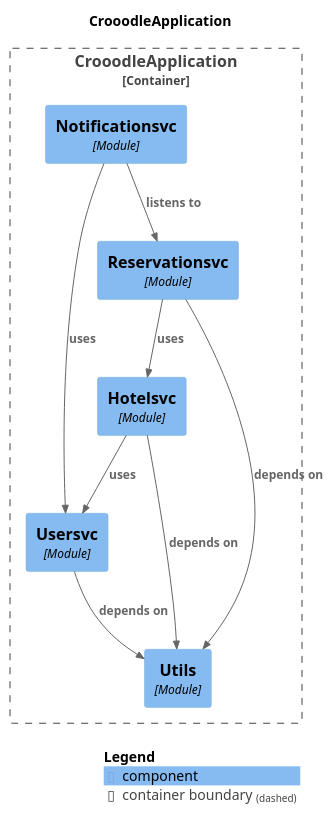
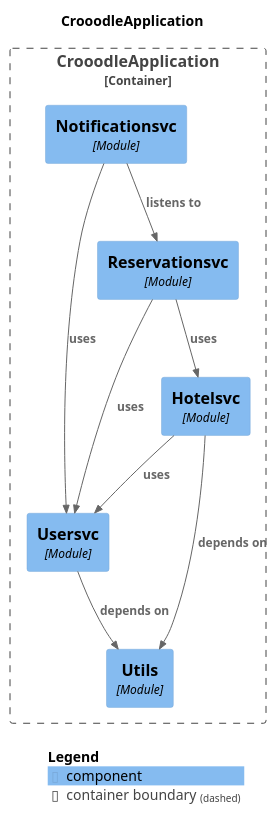
One commit to rchuk/crooodle changed the diagram in backend/docs/components.puml. Above: the diagram before and after it, drawn with PlantUML. The commit also changed 2 other files, not shown here.

```diff
--- a/backend/docs/components.puml
+++ b/backend/docs/components.puml
@@ -1,28 +1,28 @@
 @startuml
 set separator none
 title CrooodleApplication
 
 top to bottom direction
 
 !include <C4/C4>
 !include <C4/C4_Context>
 !include <C4/C4_Component>
 
 Container_Boundary("CrooodleApplication.CrooodleApplication_boundary", "CrooodleApplication", $tags="") {
   Component(CrooodleApplication.CrooodleApplication.Utils, "Utils", $techn="Module", $descr="", $tags="", $link="")
   Component(CrooodleApplication.CrooodleApplication.Usersvc, "Usersvc", $techn="Module", $descr="", $tags="", $link="")
   Component(CrooodleApplication.CrooodleApplication.Hotelsvc, "Hotelsvc", $techn="Module", $descr="", $tags="", $link="")
   Component(CrooodleApplication.CrooodleApplication.Reservationsvc, "Reservationsvc", $techn="Module", $descr="", $tags="", $link="")
   Component(CrooodleApplication.CrooodleApplication.Notificationsvc, "Notificationsvc", $techn="Module", $descr="", $tags="", $link="")
 }
 
+Rel(CrooodleApplication.CrooodleApplication.Reservationsvc, CrooodleApplication.CrooodleApplication.Hotelsvc, "uses", $techn="", $tags="", $link="")
+Rel(CrooodleApplication.CrooodleApplication.Reservationsvc, CrooodleApplication.CrooodleApplication.Usersvc, "uses", $techn="", $tags="", $link="")
 Rel(CrooodleApplication.CrooodleApplication.Hotelsvc, CrooodleApplication.CrooodleApplication.Utils, "depends on", $techn="", $tags="", $link="")
 Rel(CrooodleApplication.CrooodleApplication.Hotelsvc, CrooodleApplication.CrooodleApplication.Usersvc, "uses", $techn="", $tags="", $link="")
-Rel(CrooodleApplication.CrooodleApplication.Reservationsvc, CrooodleApplication.CrooodleApplication.Utils, "depends on", $techn="", $tags="", $link="")
-Rel(CrooodleApplication.CrooodleApplication.Reservationsvc, CrooodleApplication.CrooodleApplication.Hotelsvc, "uses", $techn="", $tags="", $link="")
 Rel(CrooodleApplication.CrooodleApplication.Notificationsvc, CrooodleApplication.CrooodleApplication.Reservationsvc, "listens to", $techn="", $tags="", $link="")
 Rel(CrooodleApplication.CrooodleApplication.Notificationsvc, CrooodleApplication.CrooodleApplication.Usersvc, "uses", $techn="", $tags="", $link="")
 Rel(CrooodleApplication.CrooodleApplication.Usersvc, CrooodleApplication.CrooodleApplication.Utils, "depends on", $techn="", $tags="", $link="")
 
 SHOW_LEGEND(true)
 @enduml
```
